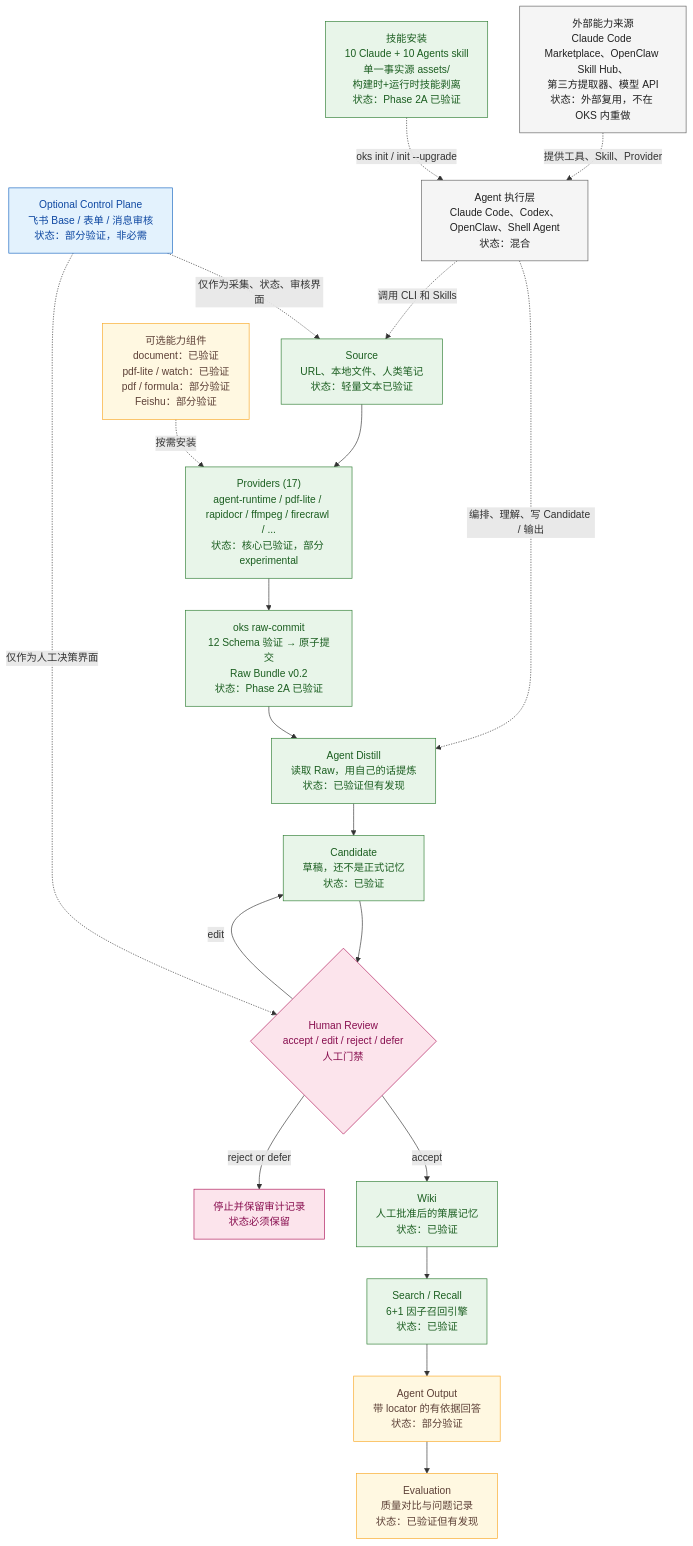
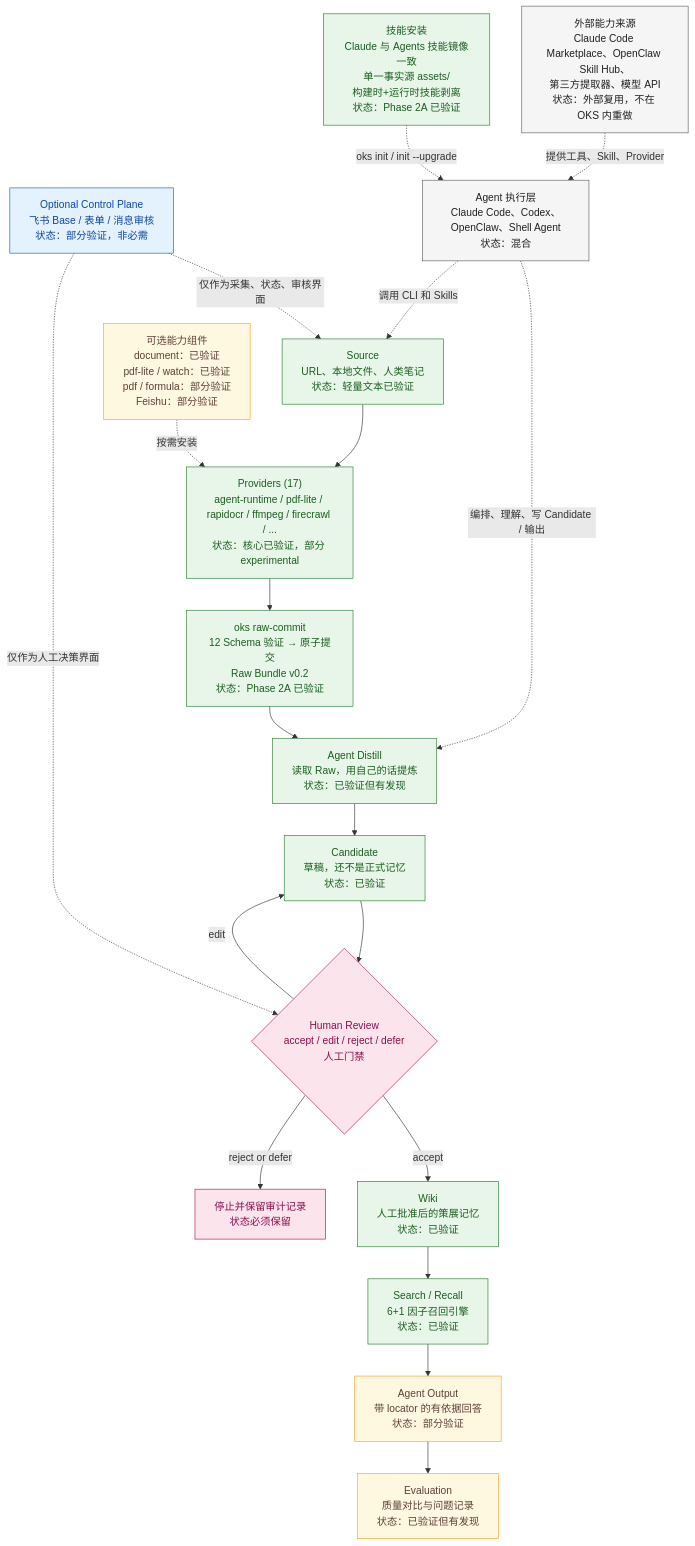
Before and after one commit to 1263-ux/open-knowledge-studio: the diagram in docs/architecture/oks-core-architecture.md, drawn with Mermaid. The commit also changed other lines of this file and 16 other files, not shown here.

````diff
--- a/docs/architecture/oks-core-architecture.md
+++ b/docs/architecture/oks-core-architecture.md
@@ -15,38 +15,38 @@
 ```mermaid
 flowchart TD
     Source["Source\nURL、本地文件、人类笔记\n状态：轻量文本已验证"]:::verified
     Providers["Providers (17)\nagent-runtime / pdf-lite / rapidocr / ffmpeg / firecrawl / ...\n状态：核心已验证，部分 experimental"]:::verified
     RawCommit["oks raw-commit\n12 Schema 验证 → 原子提交\nRaw Bundle v0.2\n状态：Phase 2A 已验证"]:::verified
     Distill["Agent Distill\n读取 Raw，用自己的话提炼\n状态：已验证但有发现"]:::verified
     Candidate["Candidate\n草稿，还不是正式记忆\n状态：已验证"]:::verified
     Review{"Human Review\naccept / edit / reject / defer\n人工门禁"}:::human
     Wiki["Wiki\n人工批准后的策展记忆\n状态：已验证"]:::verified
     Recall["Search / Recall\n6+1 因子召回引擎\n状态：已验证"]:::verified
     Output["Agent Output\n带 locator 的有依据回答\n状态：部分验证"]:::partial
     Eval["Evaluation\n质量对比与问题记录\n状态：已验证但有发现"]:::partial
 
     Source --> Providers --> RawCommit --> Distill --> Candidate --> Review
     Review -->|accept| Wiki --> Recall --> Output --> Eval
     Review -->|edit| Candidate
     Review -->|reject or defer| Stop["停止并保留审计记录\n状态必须保留"]:::human
 
     Feishu["Optional Control Plane\n飞书 Base / 表单 / 消息审核\n状态：部分验证，非必需"]:::optional
     AgentLayer["Agent 执行层\nClaude Code、Codex、OpenClaw、Shell Agent\n状态：混合"]:::external
     External["外部能力来源\nClaude Code Marketplace、OpenClaw Skill Hub、\n第三方提取器、模型 API\n状态：外部复用，不在 OKS 内重做"]:::external
     Components["可选能力组件\ndocument：已验证\npdf-lite / watch：已验证\npdf / formula：部分验证\nFeishu：部分验证"]:::partial
-    SkillInstall["技能安装\n10 Claude + 10 Agents skill\n单一事实源 assets/\n构建时+运行时技能剥离\n状态：Phase 2A 已验证"]:::verified
+    SkillInstall["技能安装\nClaude 与 Agents 技能镜像一致\n单一事实源 assets/\n构建时+运行时技能剥离\n状态：Phase 2A 已验证"]:::verified
 
     Feishu -. "仅作为采集、状态、审核界面" .-> Source
     Feishu -. "仅作为人工决策界面" .-> Review
     AgentLayer -. "编排、理解、写 Candidate / 输出" .-> Distill
     AgentLayer -. "调用 CLI 和 Skills" .-> Source
     External -. "提供工具、Skill、Provider" .-> AgentLayer
     Components -. "按需安装" .-> Providers
     SkillInstall -. "oks init / init --upgrade" .-> AgentLayer
 
     classDef verified fill:#e8f5e9,stroke:#2e7d32,color:#1b5e20;
     classDef partial fill:#fff8e1,stroke:#f9a825,color:#5d4037;
     classDef optional fill:#e3f2fd,stroke:#1565c0,color:#0d47a1;
     classDef external fill:#f5f5f5,stroke:#616161,color:#212121;
     classDef human fill:#fce4ec,stroke:#ad1457,color:#880e4f;
 ```
````
